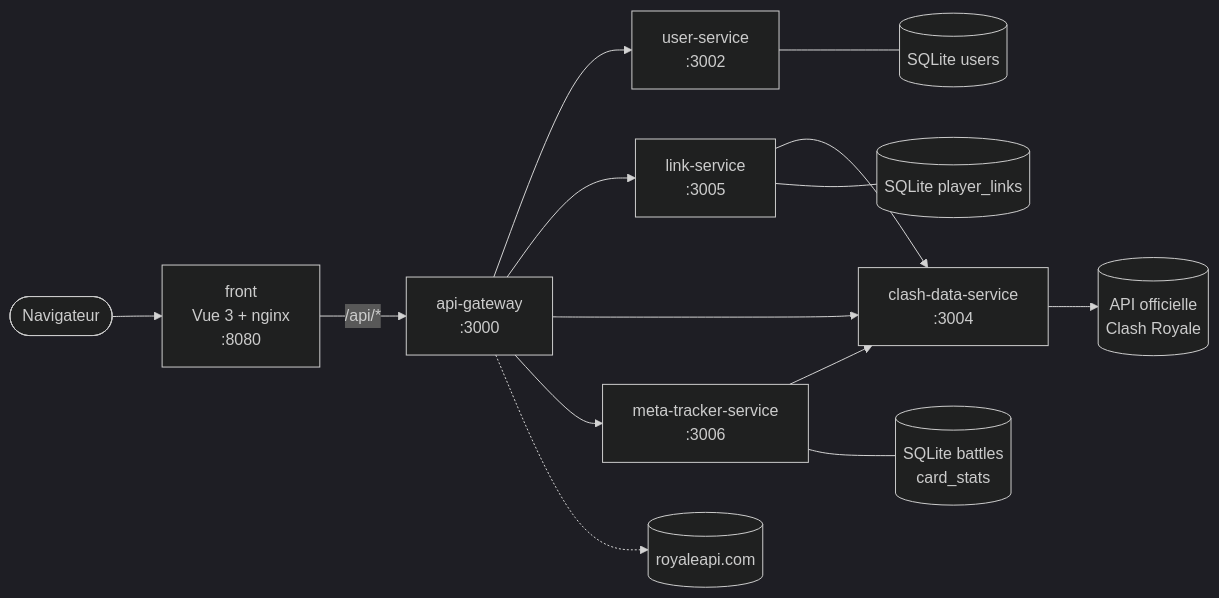
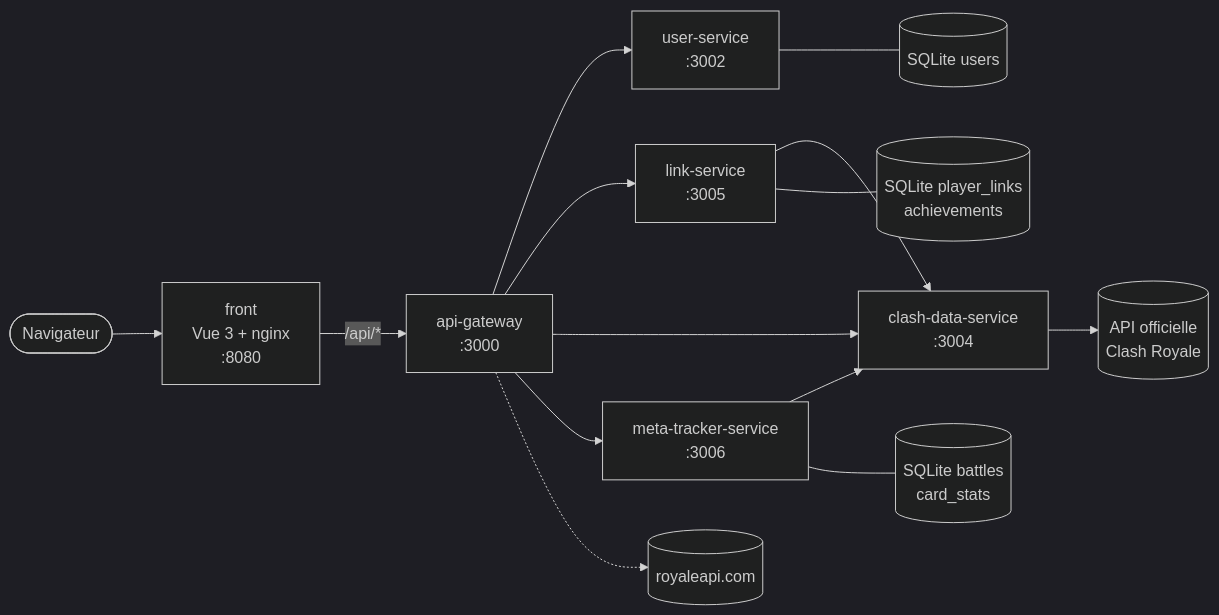
One commit to NayanMallet/RoyaleStats changed the diagram in README.md. Above: the diagram before and after it, drawn with Mermaid (dark theme). The commit also changed other lines of this file and 2 other files, not shown here.

Commit message:
📚 docs(api): document the trophy goal, the achievements and the migrations

````diff
--- a/README.md
+++ b/README.md
@@ -45,16 +45,16 @@
 ```mermaid
 flowchart LR
   U([Navigateur]) --> F["front<br/>Vue 3 + nginx<br/>:8080"]
   F -- "/api/*" --> G["api-gateway<br/>:3000"]
   G --> US["user-service<br/>:3002"]
   G --> LS["link-service<br/>:3005"]
   G --> CD["clash-data-service<br/>:3004"]
   G --> MT["meta-tracker-service<br/>:3006"]
   G -.-> RA[(royaleapi.com)]
   LS --> CD
   MT --> CD
   CD --> CR[(API officielle<br/>Clash Royale)]
   US --- DB1[(SQLite users)]
-  LS --- DB2[(SQLite player_links)]
+  LS --- DB2[(SQLite player_links<br/>achievements)]
   MT --- DB3[(SQLite battles<br/>card_stats)]
 ```
````
